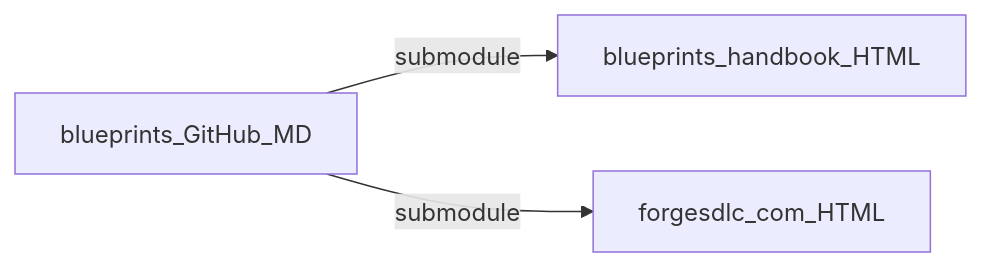
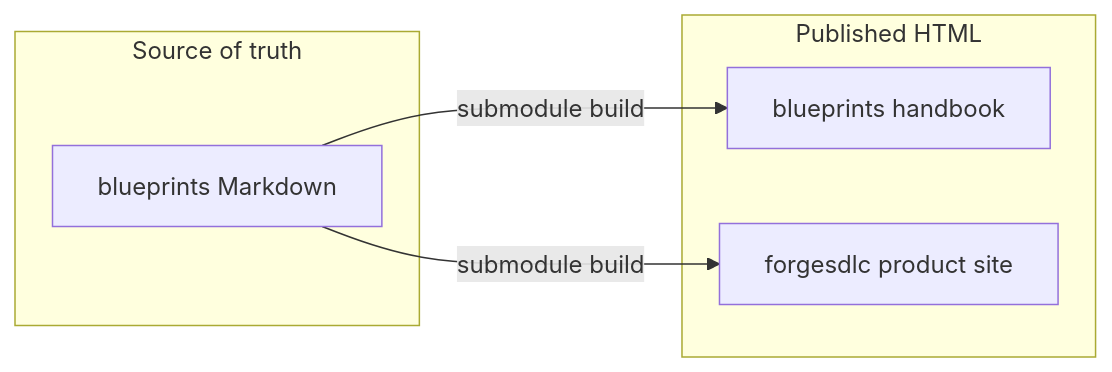
One commit to autowww/blueprints changed the third of 3 diagrams in sdlc/methodologies/forge/versona/README.md. Above: the diagram before and after it, drawn with Mermaid. The commit also changed other lines of this file and 7 other files, not shown here.

First line of the commit message:
docs: enrich Mermaid diagrams with subgraphs and Forge style guidance

````diff
--- a/sdlc/methodologies/forge/versona/README.md
+++ b/sdlc/methodologies/forge/versona/README.md
@@ -124,8 +182,12 @@
 ```mermaid
 flowchart LR
-  BP[blueprints_GitHub_MD]
-  BPW[blueprints_handbook_HTML]
-  FS[forgesdlc_com_HTML]
-  BP -->|submodule| BPW
-  BP -->|submodule| FS
+  subgraph Source["Source of truth"]
+    BP[blueprints Markdown]
+  end
+  subgraph Sites["Published HTML"]
+    BPW[blueprints handbook]
+    FS[forgesdlc product site]
+  end
+  BP -->|submodule build| BPW
+  BP -->|submodule build| FS
 ```
````
